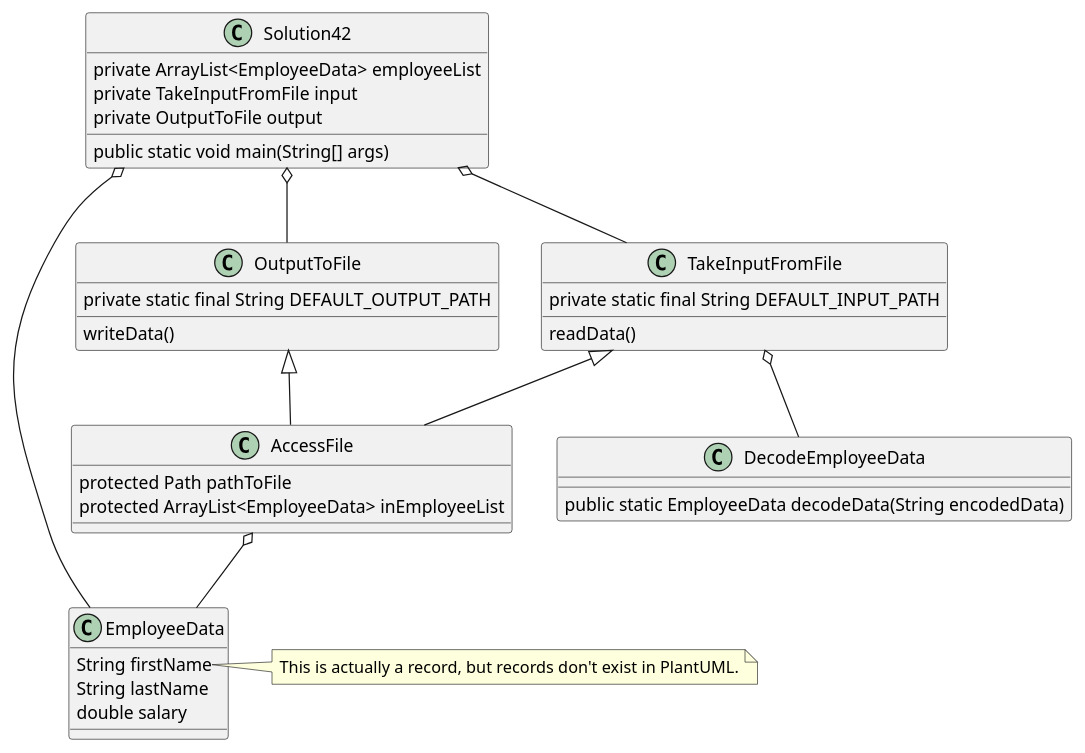
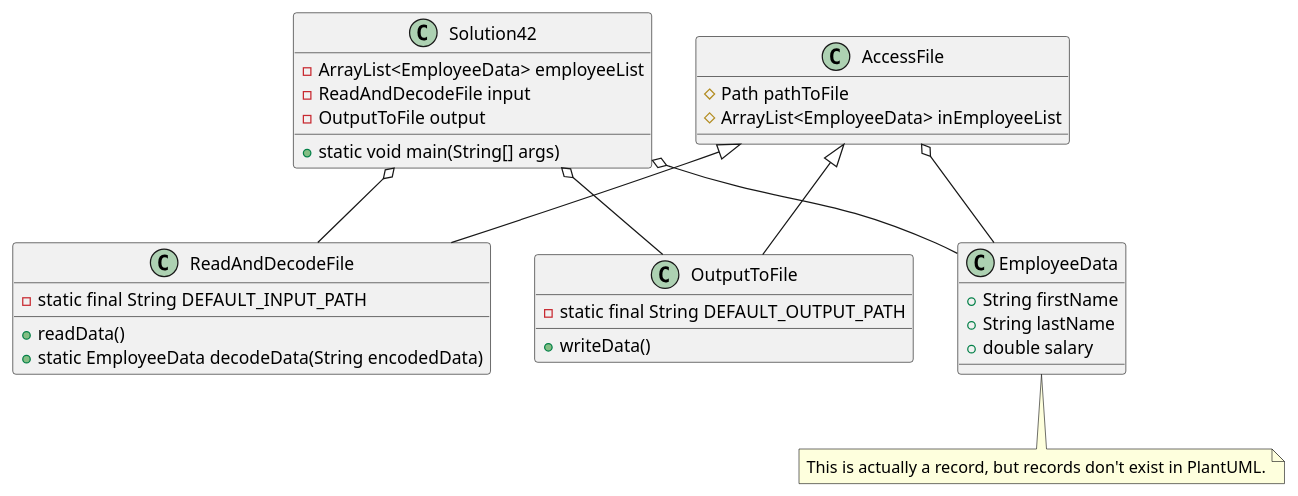
One commit to RadoMiami-UCF/guthre-a04 changed the diagram in exercise42/docs/exercise42diagram.puml. Above: the diagram before and after it, drawn with PlantUML. The commit also changed 13 other files, not shown here.

```diff
--- a/exercise42/docs/exercise42diagram.puml
+++ b/exercise42/docs/exercise42diagram.puml
@@ -1,46 +1,39 @@
 @startuml
-Solution42 o-- TakeInputFromFile
+Solution42 o-- ReadAndDecodeFile
 Solution42 o-- OutputToFile
-TakeInputFromFile <|-- AccessFile
-OutputToFile <|-- AccessFile
+AccessFile <|-- ReadAndDecodeFile
+AccessFile <|-- OutputToFile
 AccessFile o-- EmployeeData
 Solution42 o-- EmployeeData
-TakeInputFromFile o-- DecodeEmployeeData
 
 class Solution42 {
-private ArrayList<EmployeeData> employeeList
-private TakeInputFromFile input
-private OutputToFile output
-public static void main(String[] args)
+-ArrayList<EmployeeData> employeeList
+-ReadAndDecodeFile input
+-OutputToFile output
++static void main(String[] args)
 }
 
-class TakeInputFromFile {
-private static final String DEFAULT_INPUT_PATH
-readData()
+class ReadAndDecodeFile {
+-static final String DEFAULT_INPUT_PATH
++readData()
++static EmployeeData decodeData(String encodedData)
 }
 
 class OutputToFile {
-private static final String DEFAULT_OUTPUT_PATH
-writeData()
+-static final String DEFAULT_OUTPUT_PATH
++writeData()
 }
 
 class AccessFile {
-protected Path pathToFile
-protected ArrayList<EmployeeData> inEmployeeList
-}
-
-class DecodeEmployeeData {
-public static EmployeeData decodeData(String encodedData)
+#Path pathToFile
+#ArrayList<EmployeeData> inEmployeeList
 }
 
 class EmployeeData {
-String firstName
-String lastName
-double salary
++String firstName
++String lastName
++double salary
 }
-
-note right of EmployeeData::firstName
-    This is actually a record, but records don't exist in PlantUML.
-end note
+note bottom: This is actually a record, but records don't exist in PlantUML.
 
 @enduml
```
